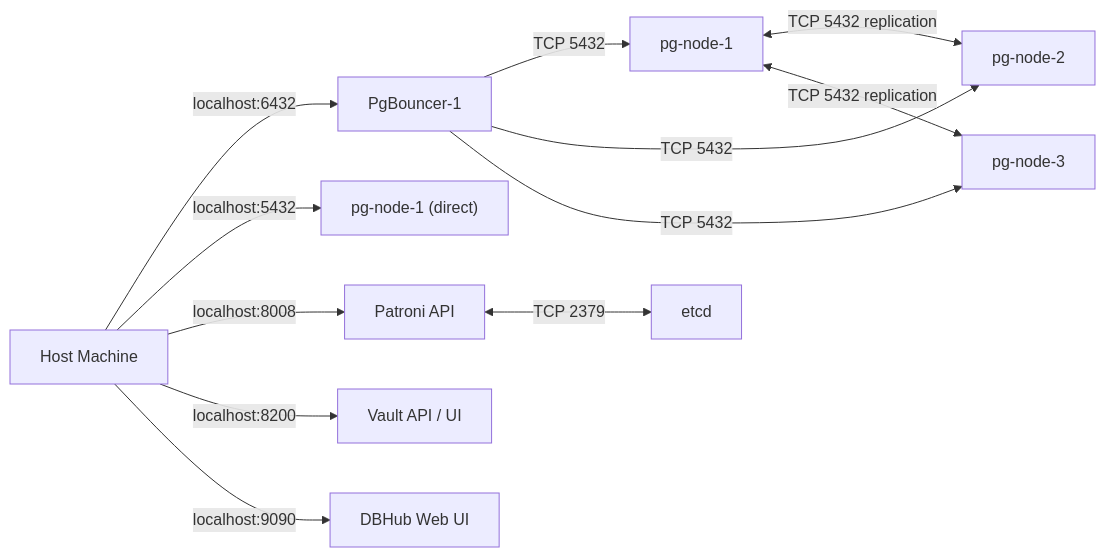
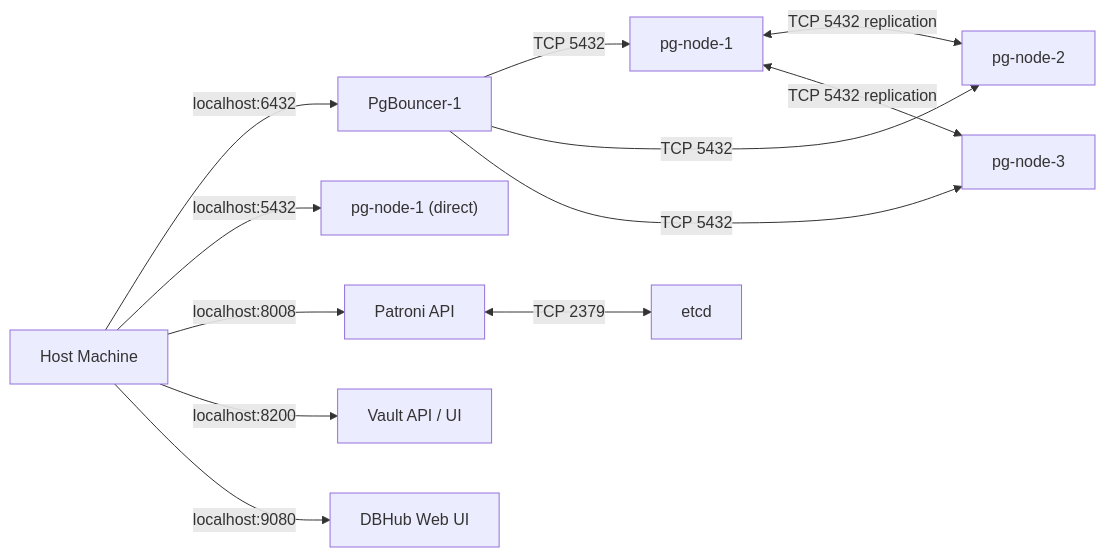
Before and after one commit to venkatajangala/terraform-docker-container-postgres: diagram 14 of 18 in docs/architecture/ARCHITECTURE.md, drawn with Mermaid. The commit also changed other lines of this file and 12 other files, not shown here.

````diff
--- a/docs/architecture/ARCHITECTURE.md
+++ b/docs/architecture/ARCHITECTURE.md
@@ -583,21 +583,21 @@
 ```mermaid
 graph LR
     HOST["Host Machine"]
     PGB1["PgBouncer-1"]
     PG1D["pg-node-1 (direct)"]
     PAT["Patroni API"]
     DBH["DBHub Web UI"]
     PG1["pg-node-1"]
     PG2["pg-node-2"]
     PG3["pg-node-3"]
     ETCD["etcd"]
 
     HOST -->|"localhost:6432"| PGB1
     HOST -->|"localhost:5432"| PG1D
     HOST -->|"localhost:8008"| PAT
     HOST -->|"localhost:8200"| VLT["Vault API / UI"]
-    HOST -->|"localhost:9090"| DBH
+    HOST -->|"localhost:9080"| DBH
     PGB1 -->|"TCP 5432"| PG1 & PG2 & PG3
     PAT <-->|"TCP 2379"| ETCD
     PG1 <-->|"TCP 5432 replication"| PG2 & PG3
 ```
````
